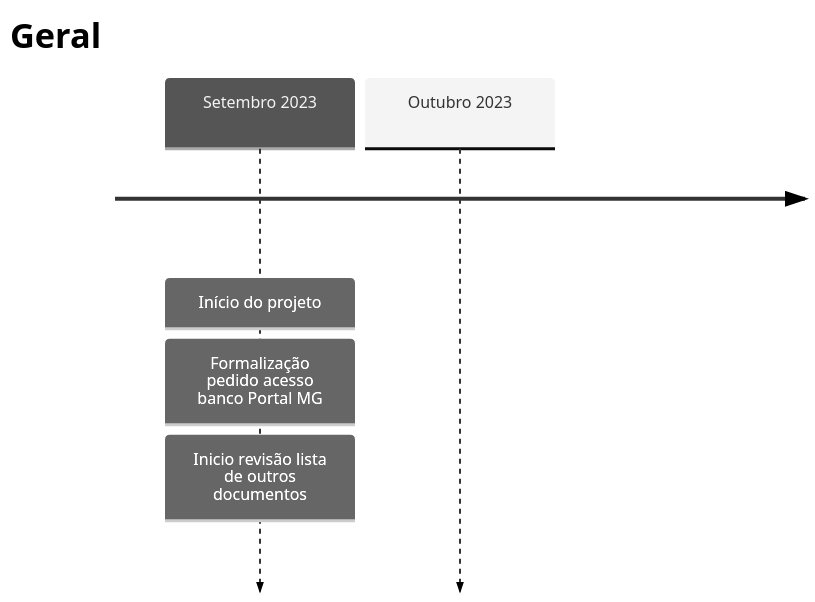
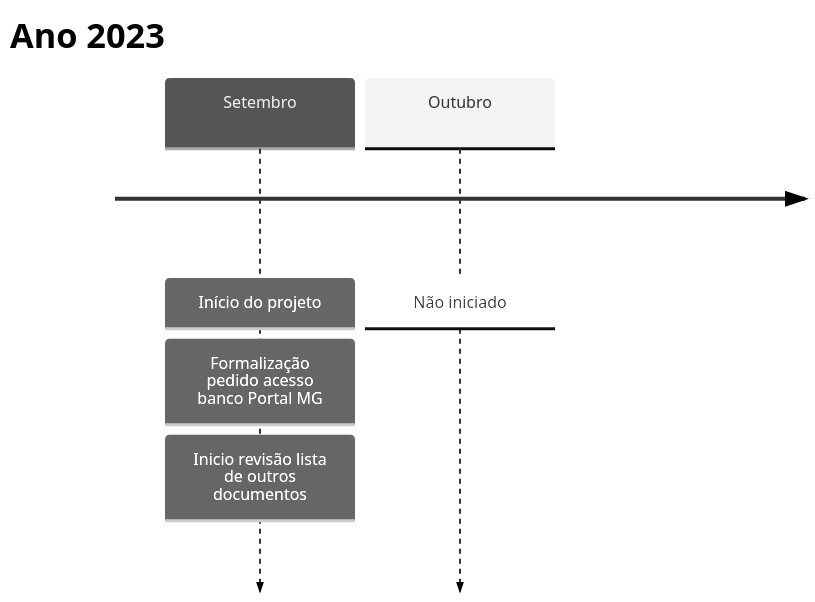
The first of 2 diagrams in docs/linha_do_tempo/mapa_transformacao.md (lab-mg/handbook), drawn with Mermaid (neutral theme) before and after one commit. The commit also changed other lines of this file, not shown here.

Commit message:
Melhora de linha Mapa de transformação
See #29

````diff
--- a/docs/linha_do_tempo/mapa_transformacao.md
+++ b/docs/linha_do_tempo/mapa_transformacao.md
@@ -13,8 +15,8 @@
 ```mermaid
 timeline
-    title Geral
-    Setembro 2023 : Início do projeto
-                  : Formalização pedido acesso banco Portal MG
-                  : Inicio revisão lista de outros documentos
-    Outubro 2023
+    title Ano 2023
+    Setembro : Início do projeto
+             : Formalização pedido acesso banco Portal MG
+             : Inicio revisão lista de outros documentos
+    Outubro  : Não iniciado
 ```
````
